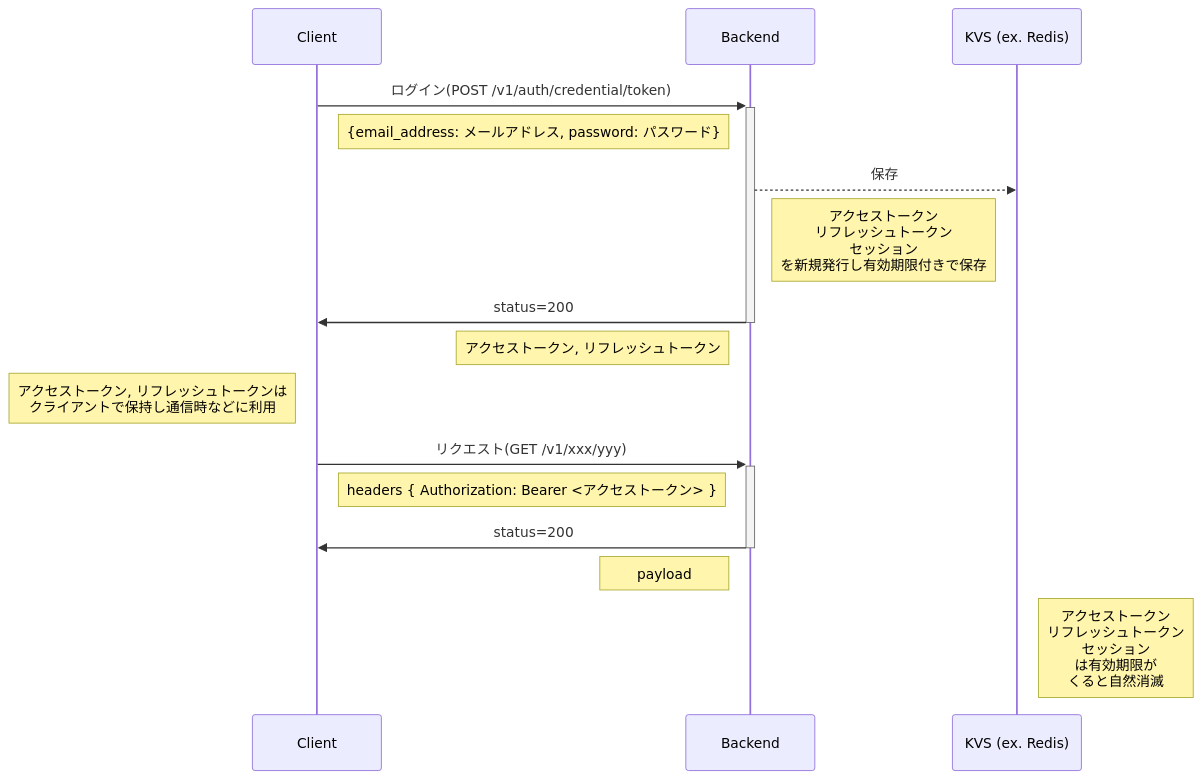
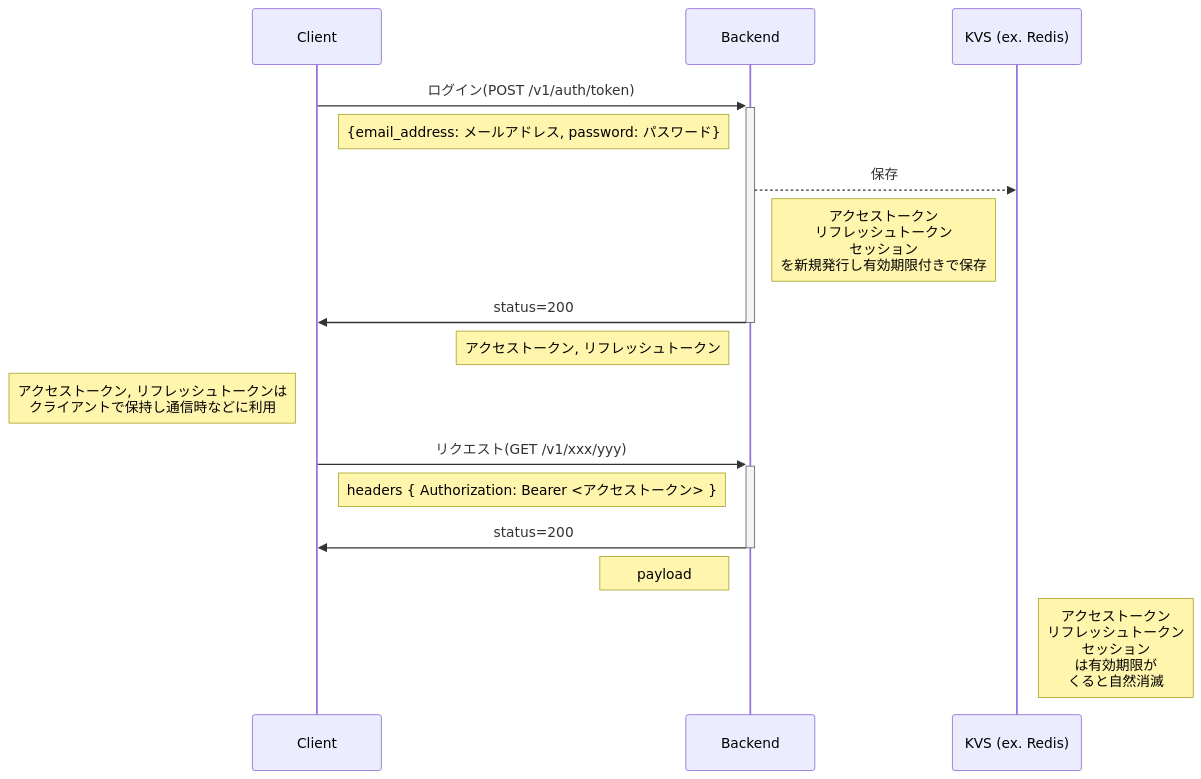
Before and after one commit to gtaiyou24/saas-dashboard-boilerplate: the first of 4 diagrams in backend/doc/AUTHORIZATION.md, drawn with Mermaid. The commit also changed other lines of this file, not shown here.

````diff
--- a/backend/doc/AUTHORIZATION.md
+++ b/backend/doc/AUTHORIZATION.md
@@ -8,21 +8,21 @@
 ```mermaid
 sequenceDiagram
     participant C as Client
     participant B as Backend
     participant R as KVS (ex. Redis)
 
-    C->>+B: ログイン(POST /v1/auth/credential/token)
+    C->>+B: ログイン(POST /v1/auth/token)
     Note right of C: {email_address: メールアドレス, password: パスワード}
     B-->>R: 保存
     Note right of B: アクセストークン<br>リフレッシュトークン<br>セッション<br>を新規発行し有効期限付きで保存
     B->>-C: status=200
     Note left of B: アクセストークン, リフレッシュトークン
     Note left of C: アクセストークン, リフレッシュトークンは<br>クライアントで保持し通信時などに利用
     
     C->>+B: リクエスト(GET /v1/xxx/yyy)
     Note right of C: headers { Authorization: Bearer <アクセストークン> }
     B->>-C: status=200
     Note left of B: payload
 
     Note right of R: アクセストークン<br>リフレッシュトークン<br>セッション<br>は有効期限が<br>くると自然消滅
 ```
````
